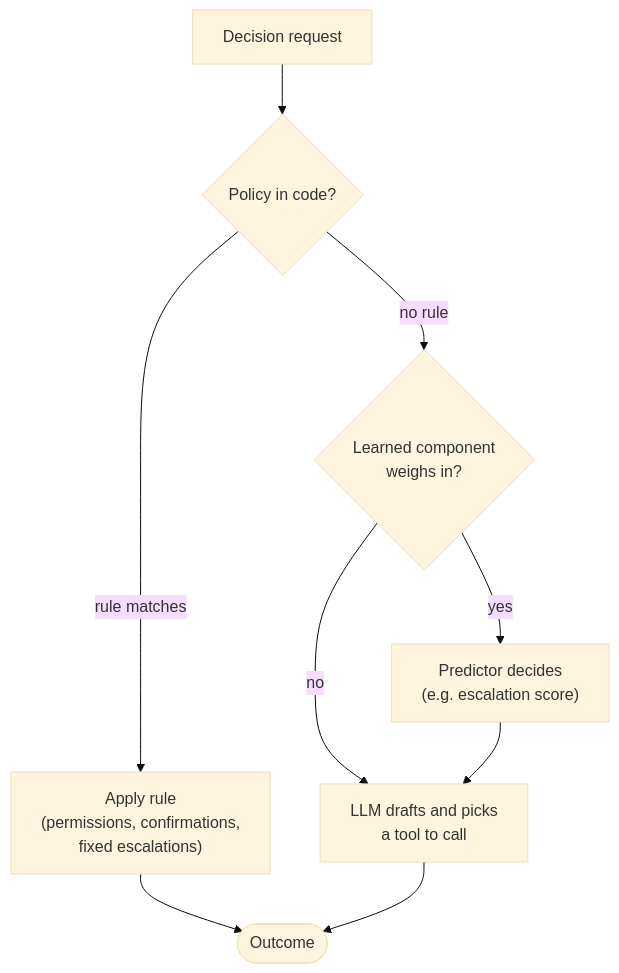
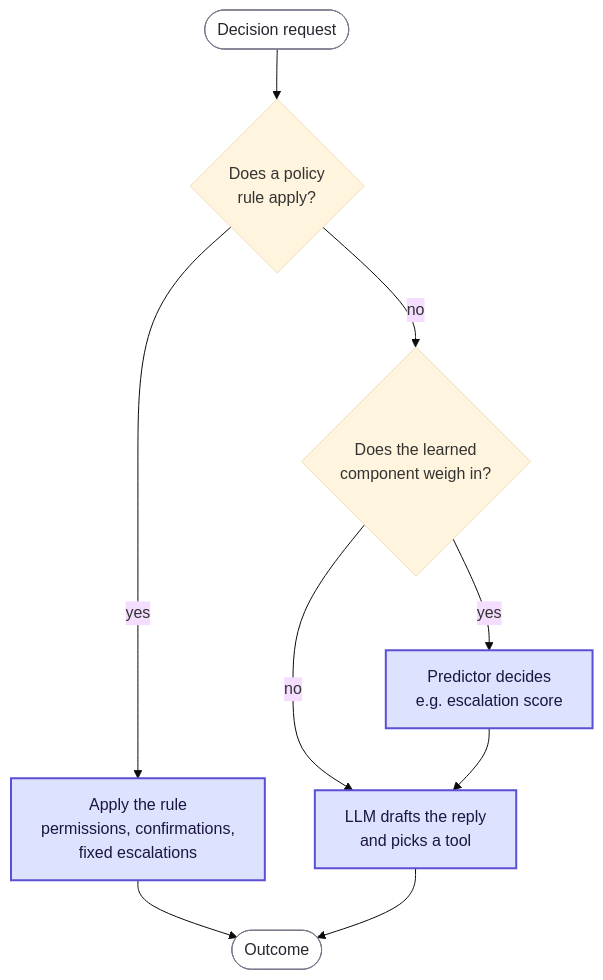
The third of 4 diagrams in docs/understand/architecture.md (rdorta27/factored-hackathon-2026-sentinel-engine), drawn with Mermaid (base theme) before and after one commit. The commit also changed other lines of this file and 1 other file, not shown here.

First line of the commit message:
docs: redraw the architecture and roadmap diagrams with one visual language

````diff
--- a/docs/understand/architecture.md
+++ b/docs/understand/architecture.md
@@ -67,11 +99,19 @@
 ```mermaid
 flowchart TD
-    req["Decision request"] --> policy{"Policy in code?"}
-    policy -- "rule matches" --> apply["Apply rule<br/>(permissions, confirmations,<br/>fixed escalations)"]
-    policy -- "no rule" --> learned{"Learned component<br/>weighs in?"}
-    learned -- yes --> predict["Predictor decides<br/>(e.g. escalation score)"]
-    learned -- no --> llm["LLM drafts and picks<br/>a tool to call"]
+    req(["Decision request"]) --> policy{"Does a policy<br/>rule apply?"}
+    policy -- "yes" --> apply["Apply the rule<br/>permissions, confirmations,<br/>fixed escalations"]
+    policy -- "no" --> learned{"Does the learned<br/>component weigh in?"}
+    learned -- "yes" --> predict["Predictor decides<br/>e.g. escalation score"]
+    learned -- "no" --> llm["LLM drafts the reply<br/>and picks a tool"]
     predict --> llm
     apply --> done(["Outcome"])
     llm --> done
+
+    classDef real fill:#dde3ff,stroke:#5b4fd6,stroke-width:2px,color:#1b1640
+    classDef mock fill:#ffe9c7,stroke:#c77d12,stroke-width:2px,stroke-dasharray:6 4,color:#3a2a00
+    classDef store fill:#e3f4ea,stroke:#2f8a55,stroke-width:2px,color:#123a22
+    classDef proposed fill:#f1f1f4,stroke:#77778a,stroke-width:2px,stroke-dasharray:4 3,color:#26262f
+    classDef ext fill:#ffffff,stroke:#77778a,stroke-width:1px,color:#26262f
+    class req,done ext
+    class apply,predict,llm real
 ```
````
